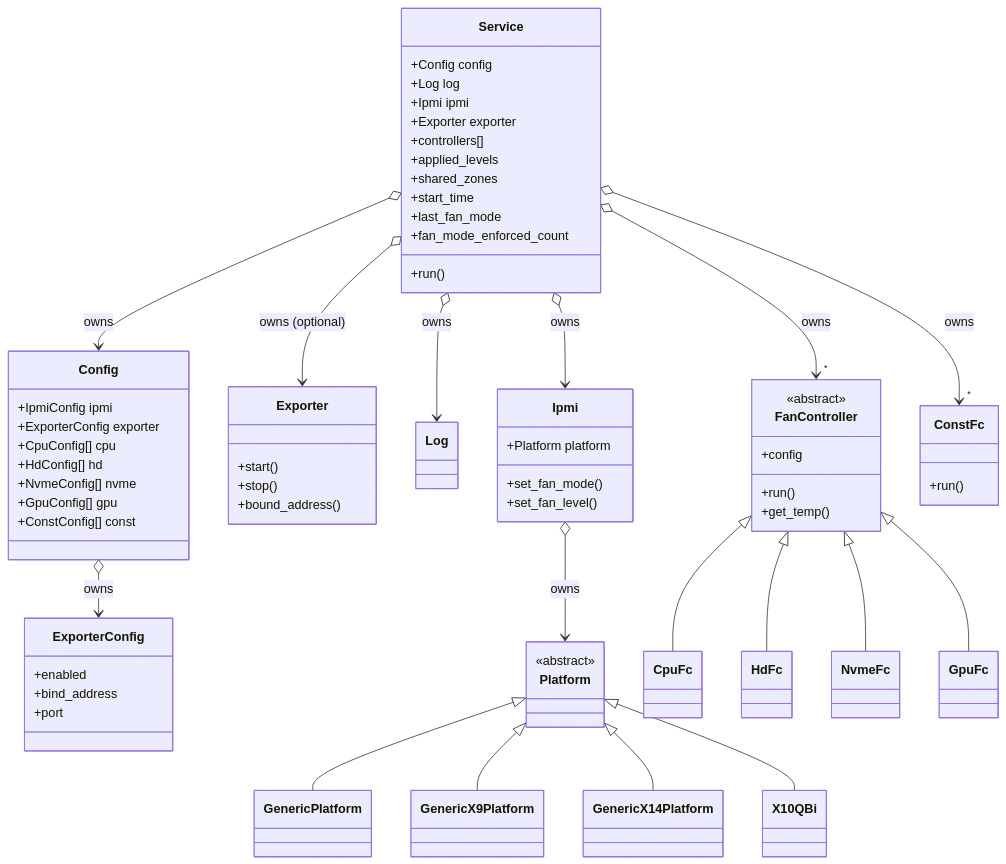
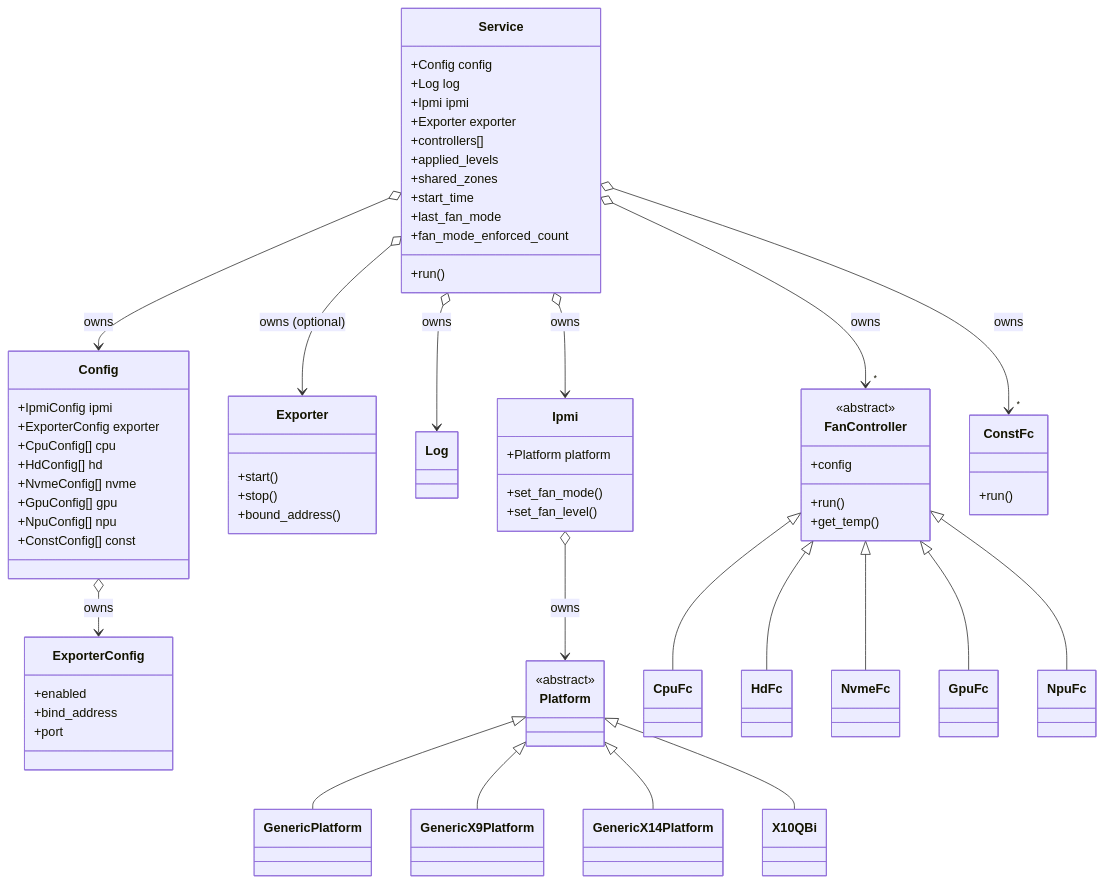
Before and after one commit to petersulyok/smfc: the second of 11 diagrams in ARCHITECTURE.md, drawn with Mermaid. The commit also changed other lines of this file and 8 other files, not shown here.

First line of the commit message:
New: 6.3.0 release prepared with the NPU fan controller documented

````diff
--- a/ARCHITECTURE.md
+++ b/ARCHITECTURE.md
@@ -93,79 +94,82 @@
 ```mermaid
 classDiagram
     class Service {
         +Config config
         +Log log
         +Ipmi ipmi
         +Exporter exporter
         +controllers[]
         +applied_levels
         +shared_zones
         +start_time
         +last_fan_mode
         +fan_mode_enforced_count
         +run()
     }
     class Config {
         +IpmiConfig ipmi
         +ExporterConfig exporter
         +CpuConfig[] cpu
         +HdConfig[] hd
         +NvmeConfig[] nvme
         +GpuConfig[] gpu
+        +NpuConfig[] npu
         +ConstConfig[] const
     }
     class ExporterConfig {
         +enabled
         +bind_address
         +port
     }
     class Exporter {
         +start()
         +stop()
         +bound_address()
     }
     class Log
     class Ipmi {
         +Platform platform
         +set_fan_mode()
         +set_fan_level()
     }
     class Platform {
         <<abstract>>
     }
     class GenericPlatform
     class GenericX9Platform
     class GenericX14Platform
     class X10QBi
 
     class FanController {
         <<abstract>>
         +config
         +run()
         +get_temp()
     }
     class CpuFc
     class HdFc
     class NvmeFc
     class GpuFc
+    class NpuFc
     class ConstFc {
         +run()
     }
 
     Service o--> Config            : owns
     Service o--> Log               : owns
     Service o--> Ipmi              : owns
     Service o--> Exporter          : owns (optional)
     Service o--> "*" FanController : owns
     Service o--> "*" ConstFc       : owns
     Config o--> ExporterConfig     : owns
     Ipmi o--> Platform             : owns
     Platform <|-- GenericPlatform
     Platform <|-- GenericX9Platform
     Platform <|-- GenericX14Platform
     Platform <|-- X10QBi
     FanController <|-- CpuFc
     FanController <|-- HdFc
     FanController <|-- NvmeFc
     FanController <|-- GpuFc
+    FanController <|-- NpuFc
 ```
````
